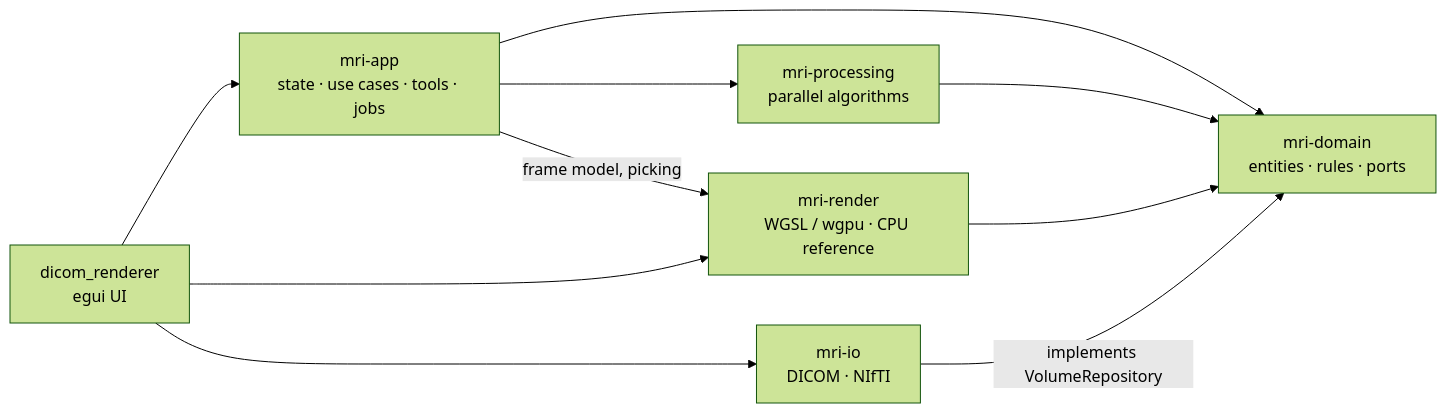
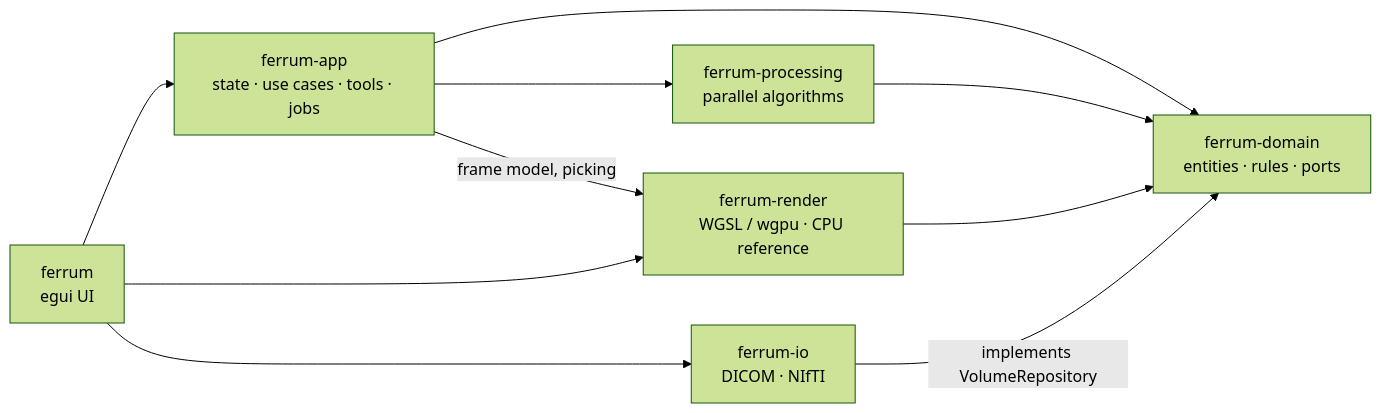
The diagram in README.md (Kauter1989/ferrum), drawn with Mermaid (forest theme) before and after one commit. The commit also changed other lines of this file and 134 other files, not shown here.

````diff
--- a/README.md
+++ b/README.md
@@ -311,12 +314,12 @@
 ```mermaid
 flowchart LR
-    V["dicom_renderer<br/>egui UI"] --> A["mri-app<br/>state · use cases · tools · jobs"]
-    V --> R["mri-render<br/>WGSL / wgpu · CPU reference"]
-    V --> IO["mri-io<br/>DICOM · NIfTI"]
-    A --> D["mri-domain<br/>entities · rules · ports"]
-    A --> P["mri-processing<br/>parallel algorithms"]
+    V["ferrum<br/>egui UI"] --> A["ferrum-app<br/>state · use cases · tools · jobs"]
+    V --> R["ferrum-render<br/>WGSL / wgpu · CPU reference"]
+    V --> IO["ferrum-io<br/>DICOM · NIfTI"]
+    A --> D["ferrum-domain<br/>entities · rules · ports"]
+    A --> P["ferrum-processing<br/>parallel algorithms"]
     A -->|"frame model, picking"| R
     R --> D
     P --> D
     IO -->|"implements VolumeRepository"| D
 ```
````
